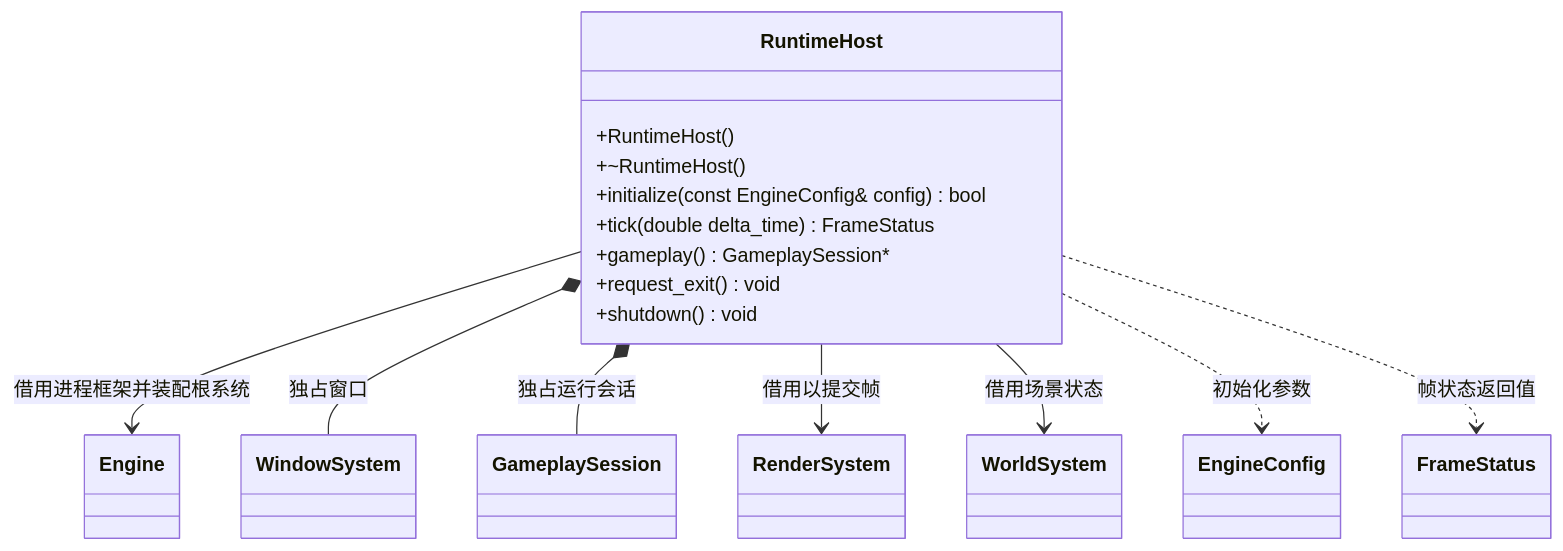
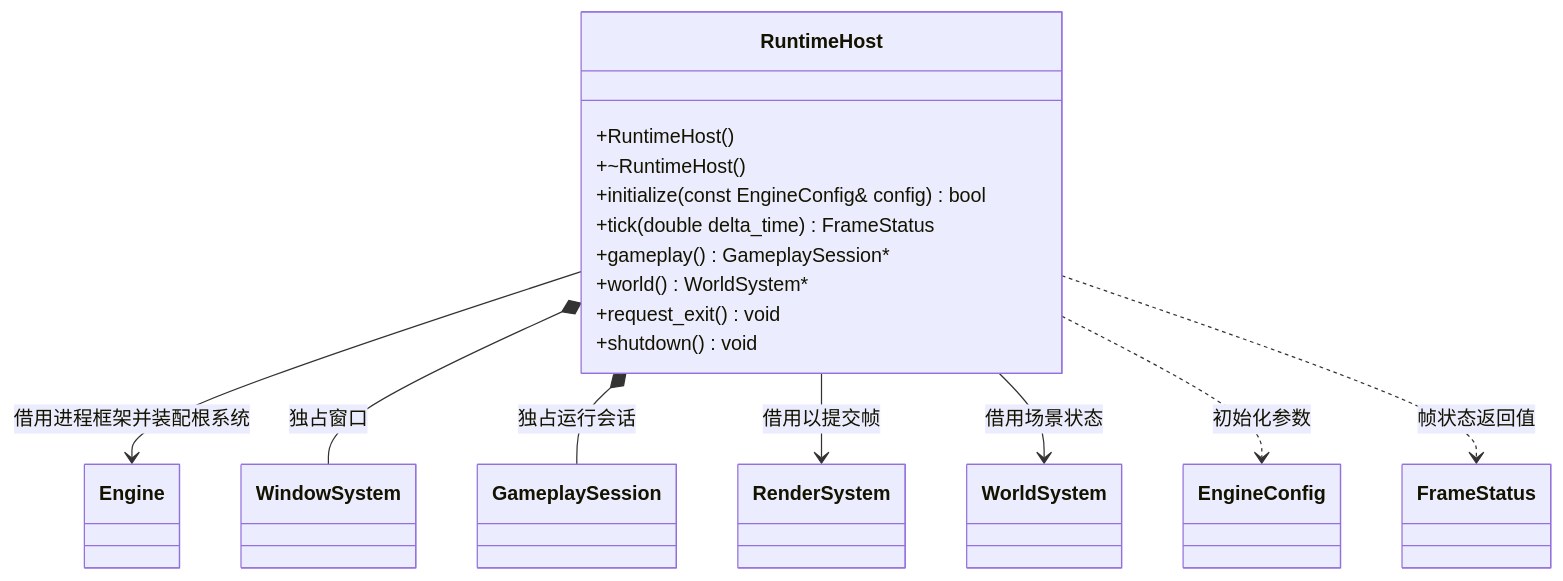
One commit to lcals/Engine changed the diagram in docs/runtime/class-diagrams/runtime-host.md. Above: the diagram before and after it, drawn with Mermaid. The commit also changed other lines of this file and 125 other files, not shown here.

````diff
--- a/docs/runtime/class-diagrams/runtime-host.md
+++ b/docs/runtime/class-diagrams/runtime-host.md
@@ -5,27 +5,28 @@
 ```mermaid
 classDiagram
     direction TB
     class RuntimeHost {
         +RuntimeHost()
         +~RuntimeHost()
         +initialize(const EngineConfig& config) bool
         +tick(double delta_time) FrameStatus
         +gameplay() GameplaySession#42;
+        +world() WorldSystem#42;
         +request_exit() void
         +shutdown() void
     }
     class Engine
     class WindowSystem
     class GameplaySession
     class RenderSystem
     class WorldSystem
     class EngineConfig
     class FrameStatus
     RuntimeHost --> Engine : 借用进程框架并装配根系统
     RuntimeHost *-- WindowSystem : 独占窗口
     RuntimeHost *-- GameplaySession : 独占运行会话
     RuntimeHost --> RenderSystem : 借用以提交帧
     RuntimeHost --> WorldSystem : 借用场景状态
     RuntimeHost ..> EngineConfig : 初始化参数
     RuntimeHost ..> FrameStatus : 帧状态返回值
 ```
````
